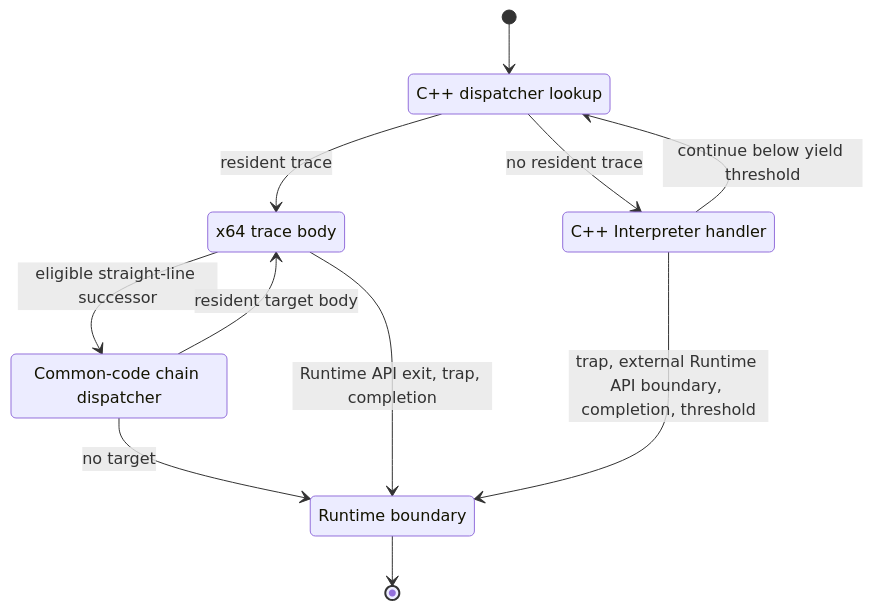
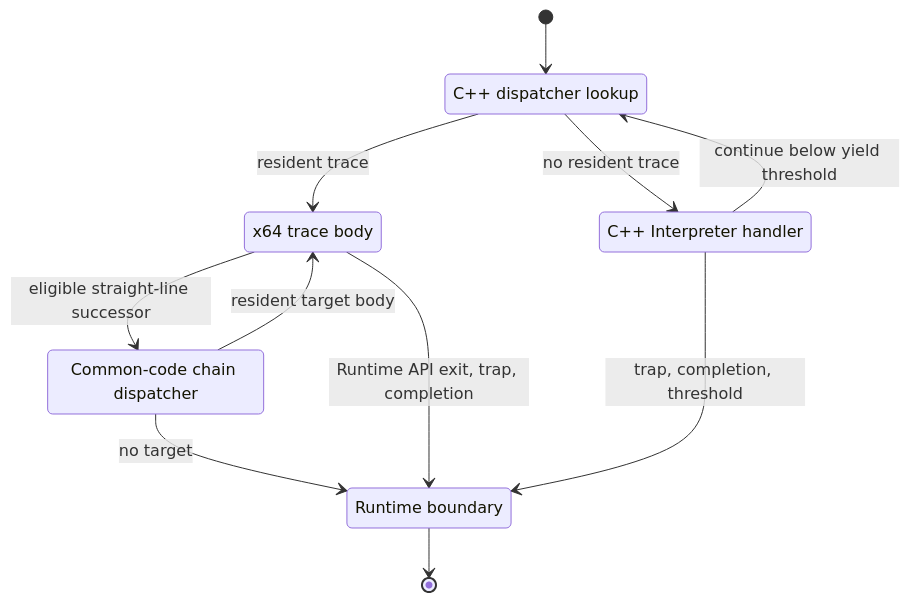
One commit to kmt-t/fireball changed the third of 4 diagrams in docs/components/tier3_plugins/jit_compiler.md. Above: the diagram before and after it, drawn with Mermaid. The commit also changed other lines of this file and 4 other files, not shown here.

````diff
--- a/docs/components/tier3_plugins/jit_compiler.md
+++ b/docs/components/tier3_plugins/jit_compiler.md
@@ -292,19 +292,19 @@
 ```mermaid
 stateDiagram-v2
     state "C++ dispatcher lookup" as Lookup
     state "x64 trace body" as Trace
     state "C++ Interpreter handler" as Handler
     state "Common-code chain dispatcher" as Chain
     state "Runtime boundary" as Boundary
 
     [*] --> Lookup
     Lookup --> Trace: resident trace
     Lookup --> Handler: no resident trace
     Trace --> Chain: eligible straight-line successor
     Chain --> Trace: resident target body
     Chain --> Boundary: no target
     Trace --> Boundary: Runtime API exit, trap, completion
     Handler --> Lookup: continue below yield threshold
-    Handler --> Boundary: trap, external Runtime API boundary, completion, threshold
+    Handler --> Boundary: trap, completion, threshold
     Boundary --> [*]
 ```
````
